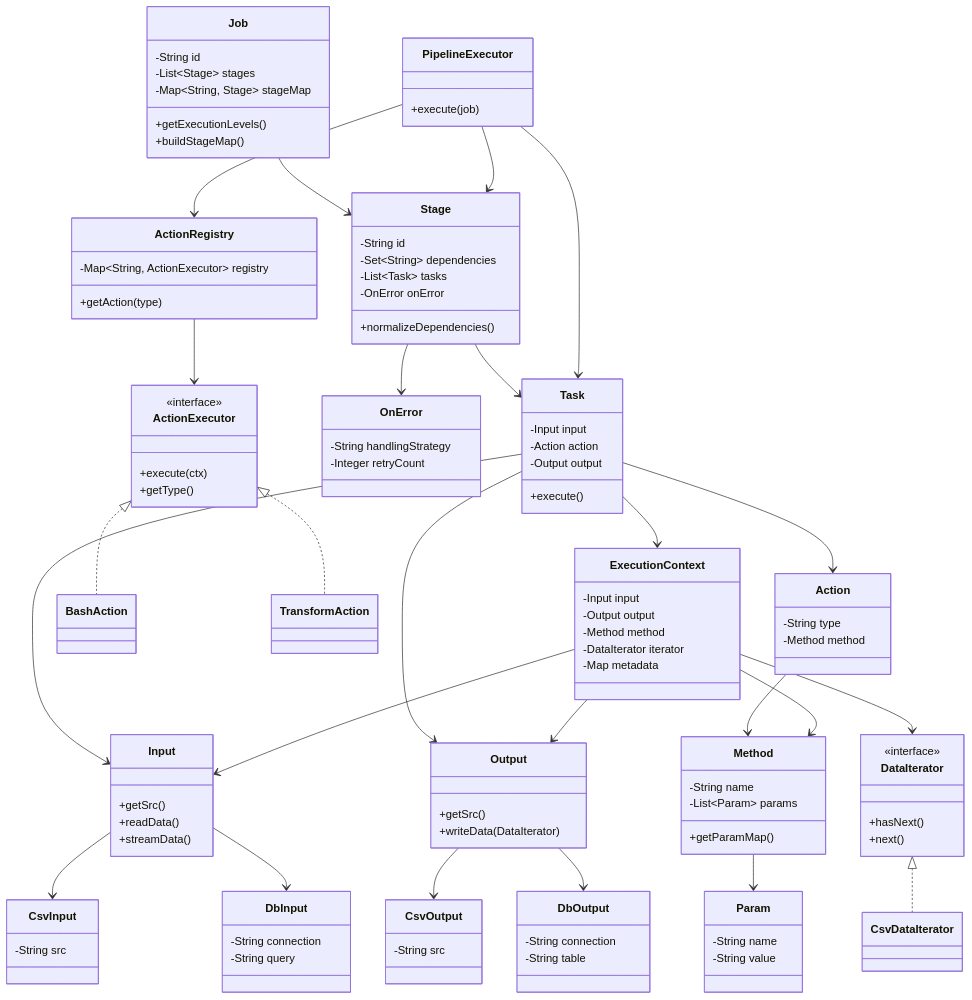
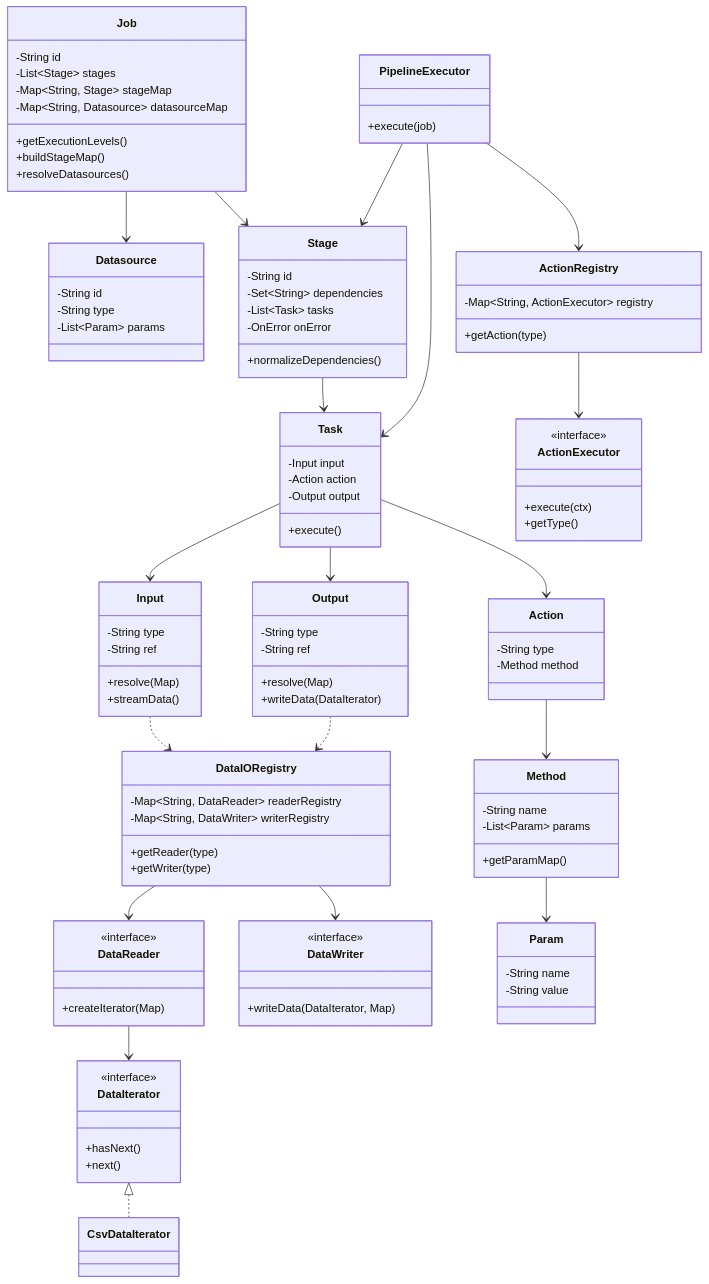
Before and after one commit to Rohitangshu2026/data-pipeline-framework: the second of 2 diagrams in README.md, drawn with Mermaid. The commit also changed other lines of this file and 14 other files, not shown here.

```diff
--- a/README.md
+++ b/README.md
@@ -296,8 +180,16 @@
   -String id
   -List~Stage~ stages
   -Map~String, Stage~ stageMap
+  -Map~String, Datasource~ datasourceMap
   +getExecutionLevels()
   +buildStageMap()
+  +resolveDatasources()
+}
+
+class Datasource {
+  -String id
+  -String type
+  -List~Param~ params
 }
 
 class Stage {
@@ -316,28 +208,34 @@
 }
 
 class Input {
-  +getSrc()
-  +readData()
+  -String type
+  -String ref
+  +resolve(Map)
   +streamData()
-}
-class CsvInput {
-  -String src
-}
-class DbInput {
-  -String connection
-  -String query
 }
 
 class Output {
-  +getSrc()
+  -String type
+  -String ref
+  +resolve(Map)
   +writeData(DataIterator)
 }
-class CsvOutput {
-  -String src
+
+class DataReader {
+  <<interface>>
+  +createIterator(Map)
 }
-class DbOutput {
-  -String connection
-  -String table
+
+class DataWriter {
+  <<interface>>
+  +writeData(DataIterator, Map)
+}
+
+class DataIORegistry {
+  -Map~String, DataReader~ readerRegistry
+  -Map~String, DataWriter~ writerRegistry
+  +getReader(type)
+  +getWriter(type)
 }
 
 class DataIterator {
@@ -365,19 +263,11 @@
   -String value
 }
 
-class OnError {
-  -String handlingStrategy
-  -Integer retryCount
-}
-
 class ActionExecutor {
   <<interface>>
   +execute(ctx)
   +getType()
 }
-
-class BashAction
-class TransformAction
 
 class ActionRegistry {
   -Map~String, ActionExecutor~ registry
@@ -388,38 +278,22 @@
   +execute(job)
 }
 
-class ExecutionContext {
-  -Input input
-  -Output output
-  -Method method
-  -DataIterator iterator
-  -Map metadata
-}
-
 %% Relationships
 Job --> Stage
+Job --> Datasource
 Stage --> Task
-Stage --> OnError
 Task --> Input
 Task --> Output
 Task --> Action
 
-Input --> CsvInput
-Input --> DbInput
-Output --> CsvOutput
-Output --> DbOutput
+Input ..> DataIORegistry
+Output ..> DataIORegistry
+DataIORegistry --> DataReader
+DataIORegistry --> DataWriter
+DataReader --> DataIterator
 
 Action --> Method
 Method --> Param
-
-Task --> ExecutionContext
-ExecutionContext --> Method
-ExecutionContext --> Input
-ExecutionContext --> Output
-ExecutionContext --> DataIterator
-
-ActionExecutor <|.. BashAction
-ActionExecutor <|.. TransformAction
 
 ActionRegistry --> ActionExecutor
 PipelineExecutor --> Stage
```
